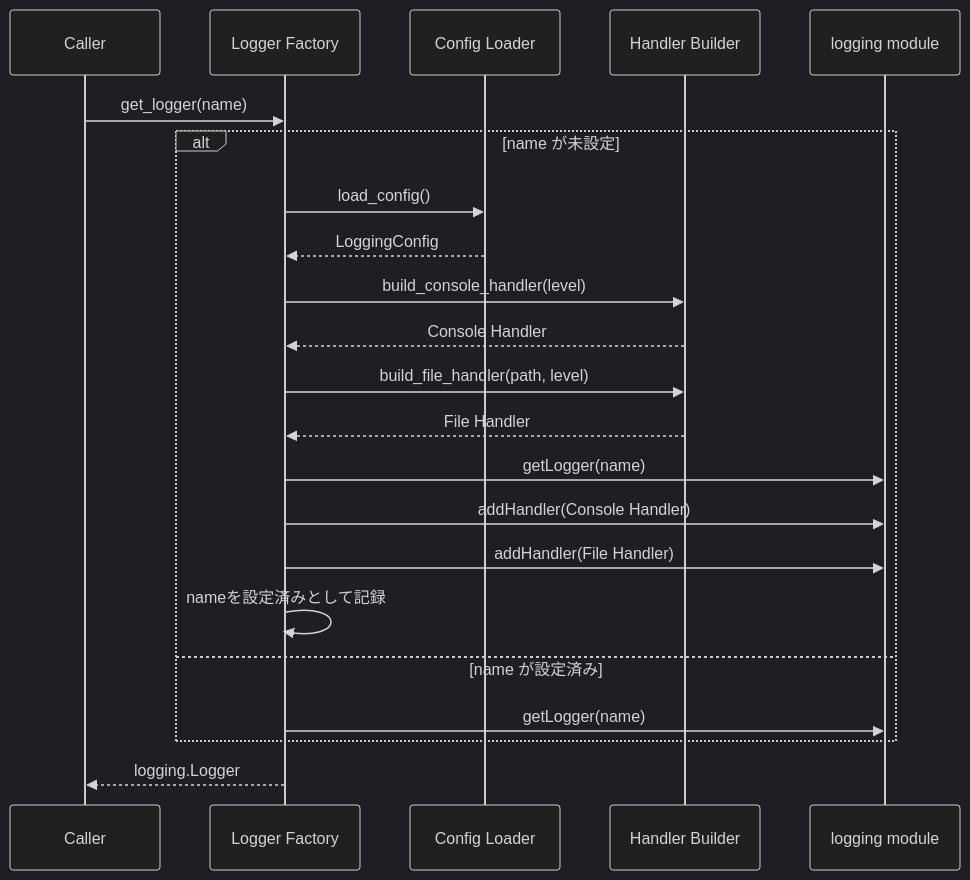
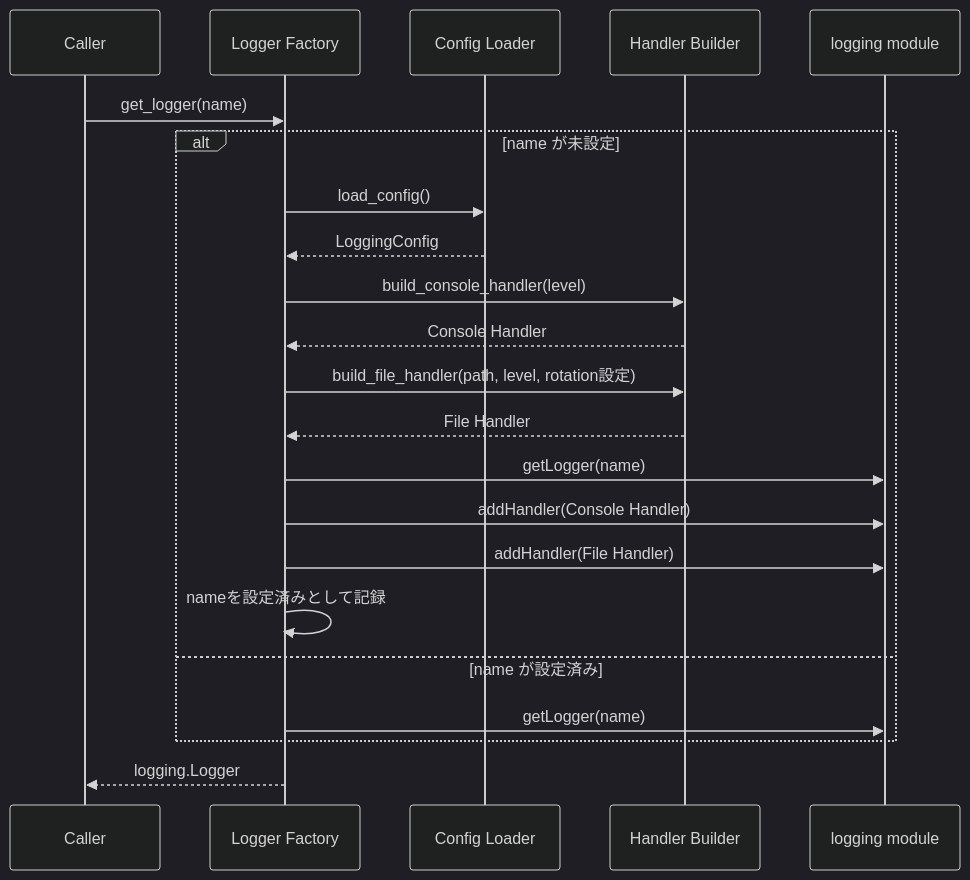
Before and after one commit to t-totsuka/python_util: the third of 3 diagrams in .kiro/specs/logger-utility/design.md, drawn with Mermaid (dark theme). The commit also changed other lines of this file and 5 other files, not shown here.

````diff
--- a/.kiro/specs/logger-utility/design.md
+++ b/.kiro/specs/logger-utility/design.md
@@ -108,25 +141,25 @@
 ```mermaid
 sequenceDiagram
     participant Caller
     participant Factory as Logger Factory
     participant Loader as Config Loader
     participant Handlers as Handler Builder
     participant StdLogging as logging module
 
     Caller->>Factory: get_logger(name)
     alt name が未設定
         Factory->>Loader: load_config()
         Loader-->>Factory: LoggingConfig
         Factory->>Handlers: build_console_handler(level)
         Handlers-->>Factory: Console Handler
-        Factory->>Handlers: build_file_handler(path, level)
+        Factory->>Handlers: build_file_handler(path, level, rotation設定)
         Handlers-->>Factory: File Handler
         Factory->>StdLogging: getLogger(name)
         Factory->>StdLogging: addHandler(Console Handler)
         Factory->>StdLogging: addHandler(File Handler)
         Factory->>Factory: nameを設定済みとして記録
     else name が設定済み
         Factory->>StdLogging: getLogger(name)
     end
     Factory-->>Caller: logging.Logger
 ```
````
